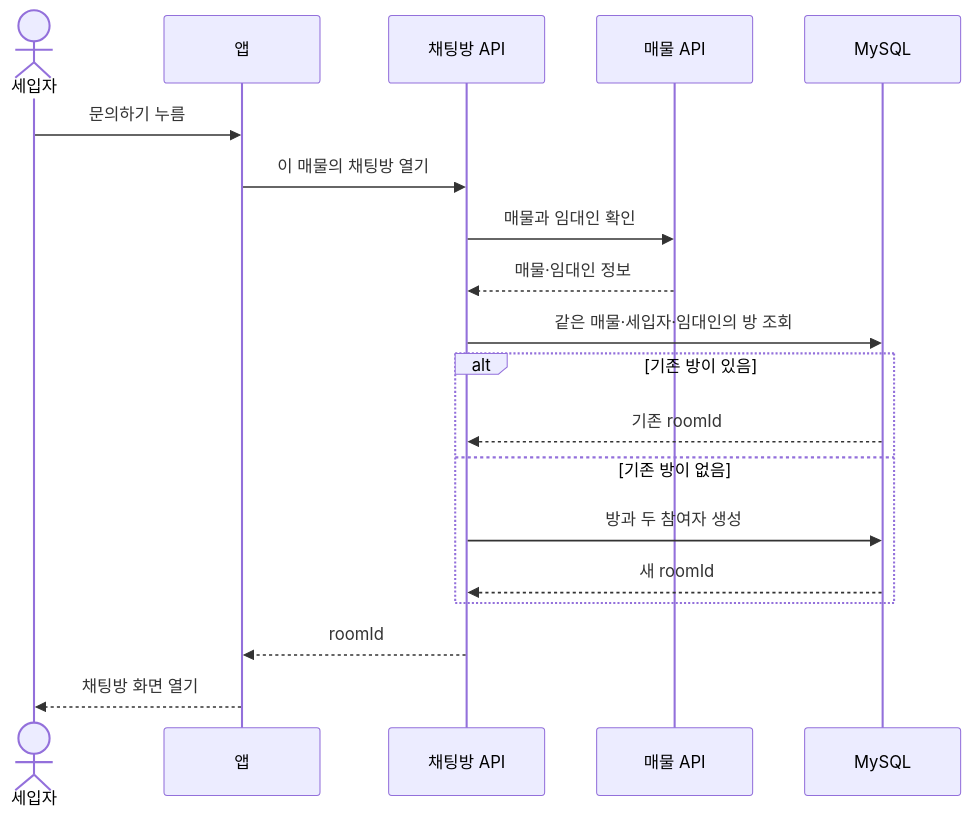
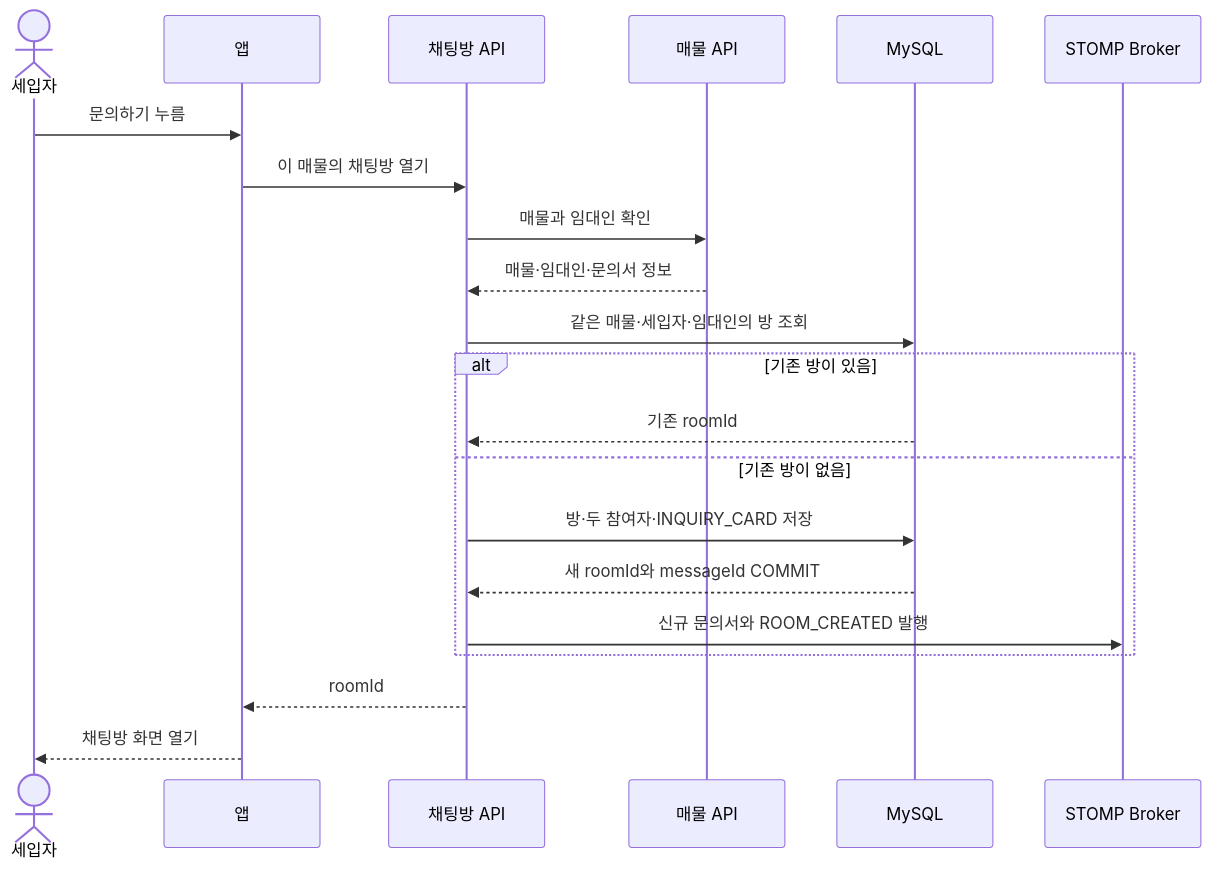
One commit to jameskim9509/Kohere-backend changed the first of 16 diagrams in docs/architecture/chat/05-sequence-diagrams.md. Above: the diagram before and after it, drawn with Mermaid. The commit also changed other lines of this file and 47 other files, not shown here.

First line of the commit message:
Merge pull request #292 from ychoik/feat/291-inquiry-card

````diff
--- a/docs/architecture/chat/05-sequence-diagrams.md
+++ b/docs/architecture/chat/05-sequence-diagrams.md
@@ -12,24 +12,26 @@
 ```mermaid
 sequenceDiagram
     actor U as 세입자
     participant APP as 앱
     participant CHAT as 채팅방 API
     participant LIST as 매물 API
     participant DB as MySQL
+    participant BROKER as STOMP Broker
 
     U->>APP: 문의하기 누름
     APP->>CHAT: 이 매물의 채팅방 열기
     CHAT->>LIST: 매물과 임대인 확인
-    LIST-->>CHAT: 매물·임대인 정보
+    LIST-->>CHAT: 매물·임대인·문의서 정보
     CHAT->>DB: 같은 매물·세입자·임대인의 방 조회
 
     alt 기존 방이 있음
         DB-->>CHAT: 기존 roomId
     else 기존 방이 없음
-        CHAT->>DB: 방과 두 참여자 생성
-        DB-->>CHAT: 새 roomId
+        CHAT->>DB: 방·두 참여자·INQUIRY_CARD 저장
+        DB-->>CHAT: 새 roomId와 messageId COMMIT
+        CHAT->>BROKER: 신규 문의서와 ROOM_CREATED 발행
     end
 
     CHAT-->>APP: roomId
     APP-->>U: 채팅방 화면 열기
 ```
````
